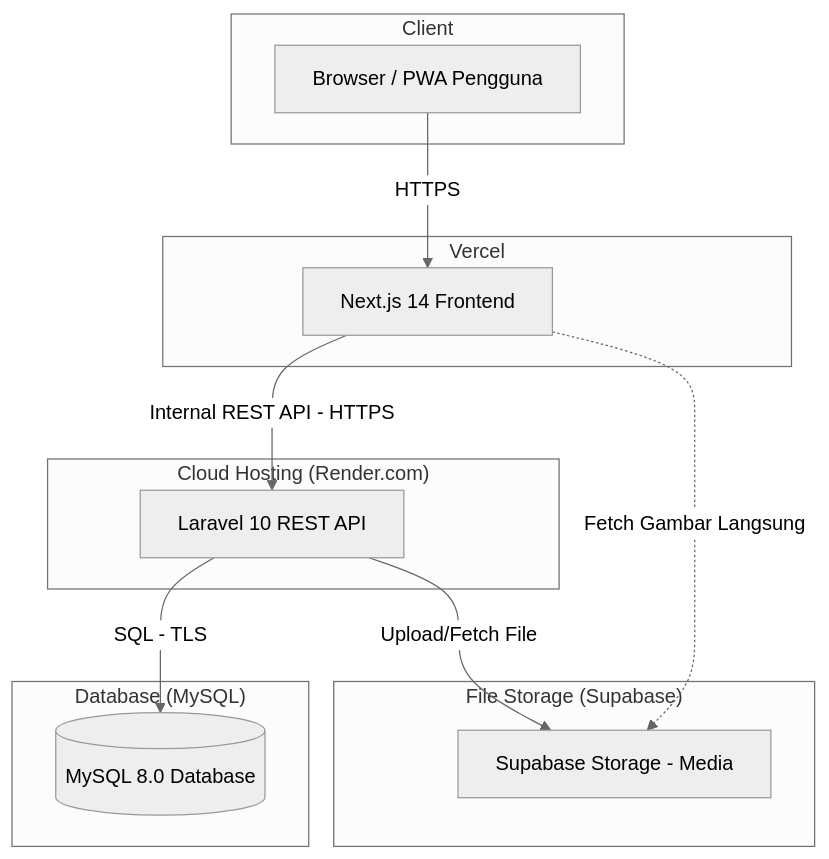
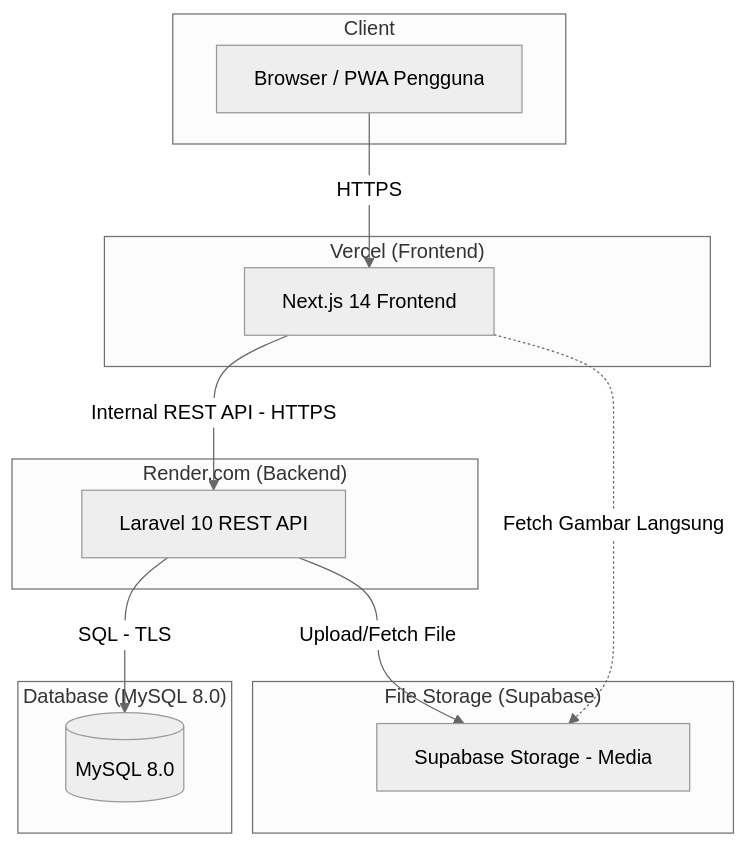
The second of 2 diagrams in docs/02_system_architecture.md (Gilangp/Cafe-POS), drawn with Mermaid (neutral theme) before and after one commit. The commit also changed other lines of this file and 50 other files, not shown here.

Commit message:
feat: initialize core system architecture, database migrations, and documentation for coffee shop management platform

````diff
--- a/docs/02_system_architecture.md
+++ b/docs/02_system_architecture.md
@@ -241,28 +250,28 @@
 ```mermaid
 graph TB
     subgraph client_sg["Client"]
         U[Browser / PWA Pengguna]
     end
 
-    subgraph vercel_sg["Vercel"]
+    subgraph vercel_sg["Vercel (Frontend)"]
         FE[Next.js 14 Frontend]
     end
 
-    subgraph hosting_sg["Cloud Hosting (Render.com)"]
+    subgraph render_sg["Render.com (Backend)"]
         BE[Laravel 10 REST API]
     end
 
-    subgraph db_sg["Database (MySQL)"]
-        DB[(MySQL 8.0 Database)]
+    subgraph db_sg["Database (MySQL 8.0)"]
+        DB[(MySQL 8.0)]
     end
     
     subgraph storage_sg["File Storage (Supabase)"]
         ST[Supabase Storage - Media]
     end
 
     U -->|HTTPS| FE
     FE -->|Internal REST API - HTTPS| BE
     BE -->|SQL - TLS| DB
     BE -->|Upload/Fetch File| ST
     FE -.->|Fetch Gambar Langsung| ST
 ```
````
